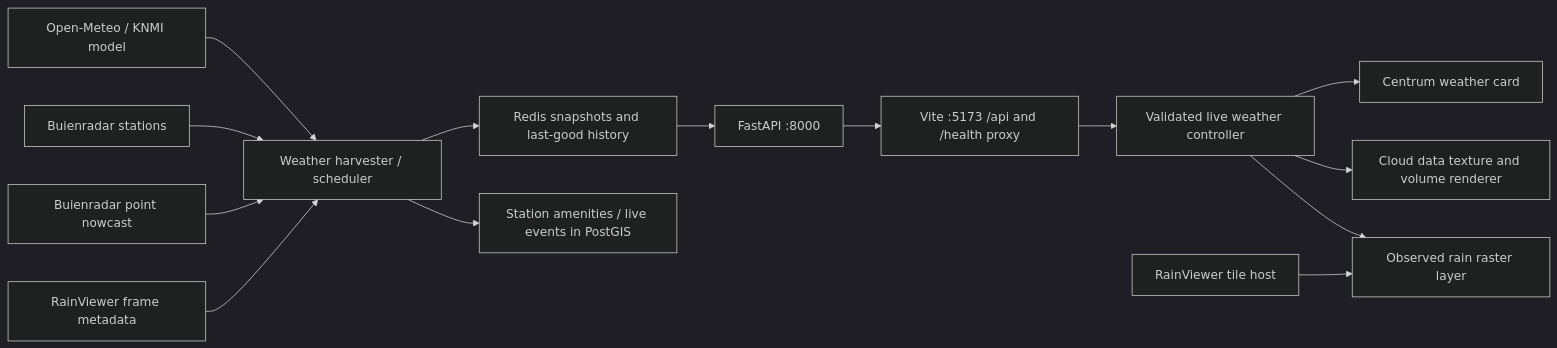
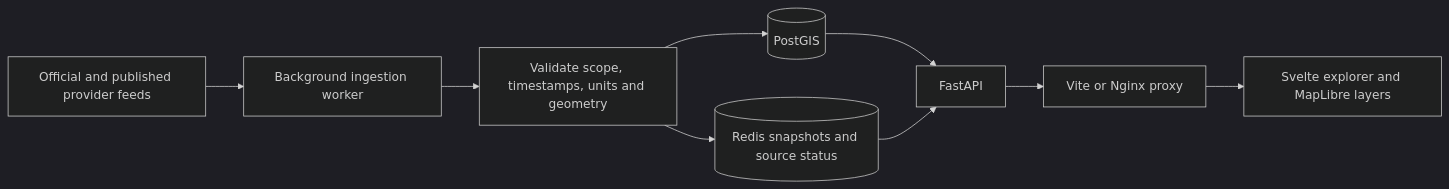
One commit to Linekai5/rotterdam-live changed the diagram in docs/artifacts/rotterdam_live_master_architecture.md. Above: the diagram before and after it, drawn with Mermaid (dark theme). The commit also changed other lines of this file and 26 other files, not shown here.

Commit message:
Improve live map navigation and source presentation

````diff
--- a/docs/artifacts/rotterdam_live_master_architecture.md
+++ b/docs/artifacts/rotterdam_live_master_architecture.md
@@ -445,16 +24,11 @@
 ```mermaid
 flowchart LR
-    MODEL[Open-Meteo / KNMI model] --> HARVEST[Weather harvester / scheduler]
-    STATIONS[Buienradar stations] --> HARVEST
-    RAIN[Buienradar point nowcast] --> HARVEST
-    META[RainViewer frame metadata] --> HARVEST
-    HARVEST --> CACHE[Redis snapshots and last-good history]
-    HARVEST --> DB[Station amenities / live events in PostGIS]
-    CACHE --> API[FastAPI :8000]
-    API --> PROXY[Vite :5173 /api and /health proxy]
-    PROXY --> CONTROL[Validated live weather controller]
-    CONTROL --> CARD[Centrum weather card]
-    CONTROL --> GPU[Cloud data texture and volume renderer]
-    CONTROL --> RADAR[Observed rain raster layer]
-    TILES[RainViewer tile host] --> RADAR
+  Providers[Official and published provider feeds] --> Worker[Background ingestion worker]
+  Worker --> Validate[Validate scope, timestamps, units and geometry]
+  Validate --> DB[(PostGIS)]
+  Validate --> Cache[(Redis snapshots and source status)]
+  DB --> API[FastAPI]
+  Cache --> API
+  API --> Proxy[Vite or Nginx proxy]
+  Proxy --> UI[Svelte explorer and MapLibre layers]
 ```
````
